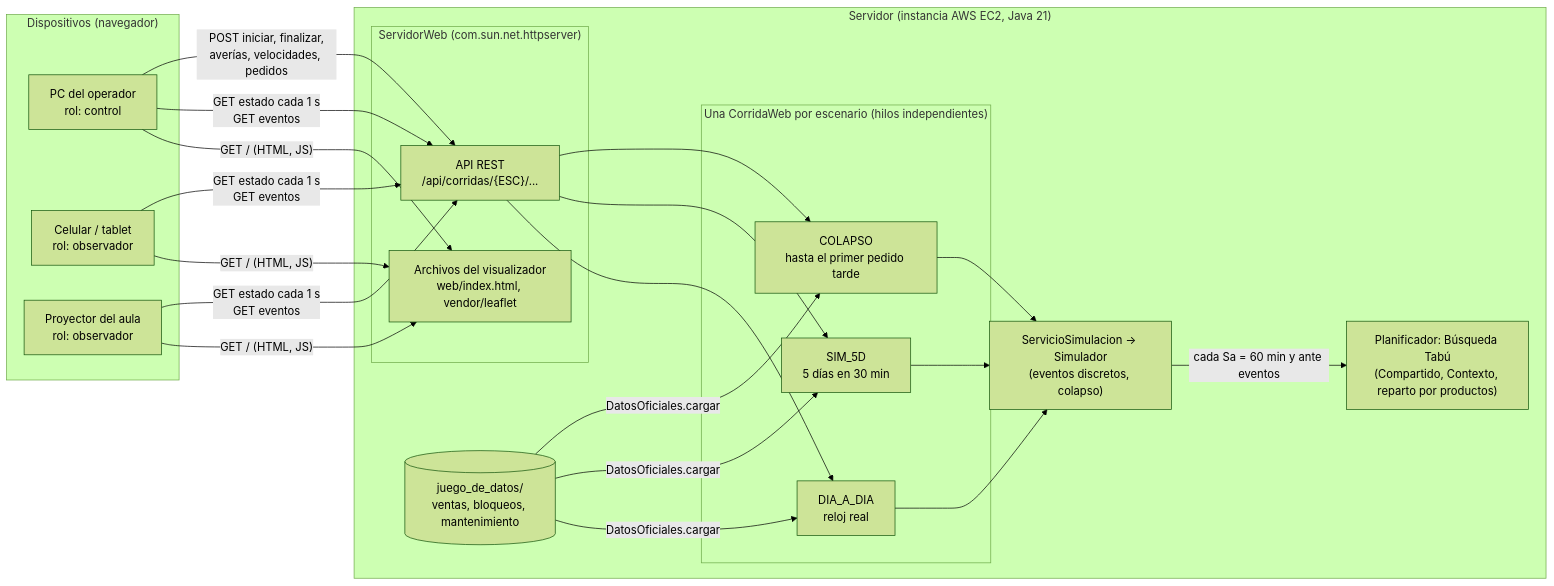
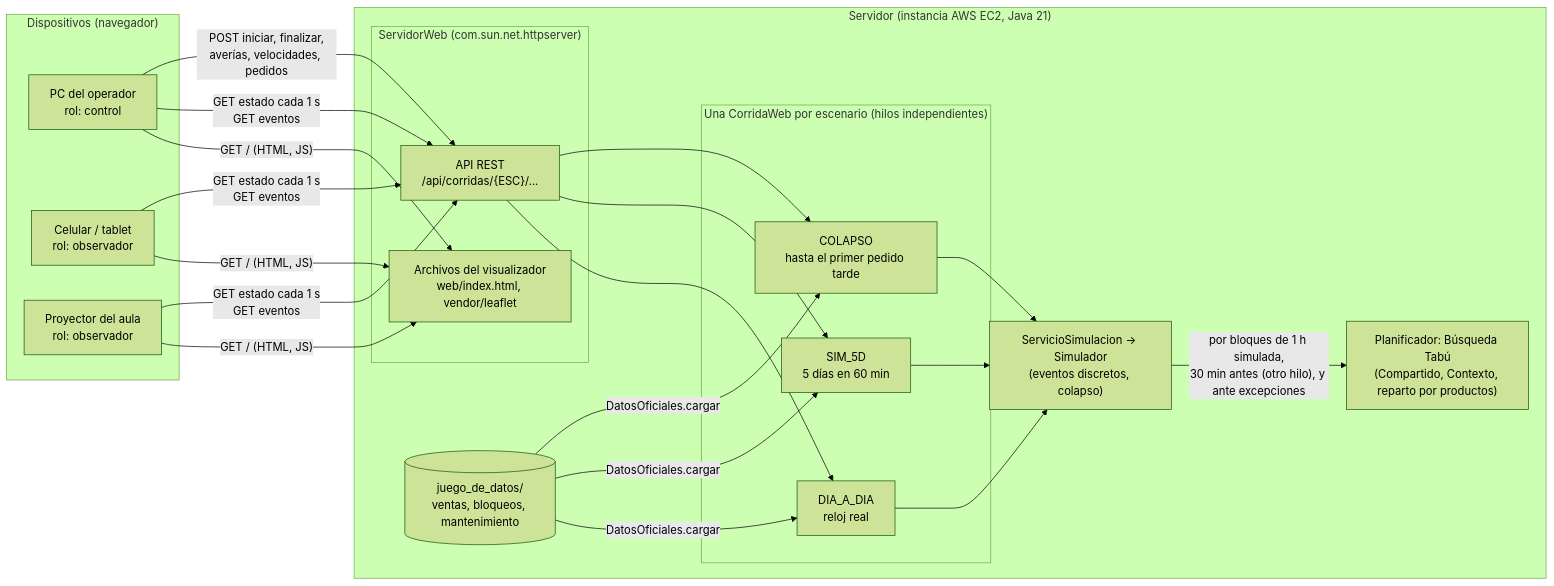
The first of 2 diagrams in docs/diseno/diagrama_integracion.md (JohnArzapalo/PaqRap), drawn with Mermaid (forest theme) before and after one commit. The commit also changed other lines of this file and 16 other files, not shown here.

First line of the commit message:
Etapa 33: planificación por bloques con adelanto (planificador)

````diff
--- a/docs/diseno/diagrama_integracion.md
+++ b/docs/diseno/diagrama_integracion.md
@@ -12,31 +12,31 @@
 ```mermaid
 flowchart LR
     subgraph Dispositivos["Dispositivos (navegador)"]
         PC["PC del operador<br/>rol: control"]
         Cel["Celular / tablet<br/>rol: observador"]
         Proy["Proyector del aula<br/>rol: observador"]
     end
 
     subgraph AWS["Servidor (instancia AWS EC2, Java 21)"]
         subgraph SW["ServidorWeb (com.sun.net.httpserver)"]
             EST["Archivos del visualizador<br/>web/index.html, vendor/leaflet"]
             API["API REST<br/>/api/corridas/{ESC}/..."]
         end
         subgraph Corridas["Una CorridaWeb por escenario (hilos independientes)"]
             C1["DIA_A_DIA<br/>reloj real"]
-            C2["SIM_5D<br/>5 días en 30 min"]
+            C2["SIM_5D<br/>5 días en 60 min"]
             C3["COLAPSO<br/>hasta el primer pedido tarde"]
         end
         SIM["ServicioSimulacion → Simulador<br/>(eventos discretos, colapso)"]
         TABU["Planificador: Búsqueda Tabú<br/>(Compartido, Contexto, reparto por productos)"]
         DATOS[("juego_de_datos/<br/>ventas, bloqueos, mantenimiento")]
     end
 
     PC & Cel & Proy -- "GET / (HTML, JS)" --> EST
     PC & Cel & Proy -- "GET estado cada 1 s<br/>GET eventos" --> API
     PC -- "POST iniciar, finalizar,<br/>averías, velocidades, pedidos" --> API
     API --> C1 & C2 & C3
     C1 & C2 & C3 --> SIM
-    SIM -- "cada Sa = 60 min y ante eventos" --> TABU
+    SIM -- "por bloques de 1 h simulada,<br/>30 min antes (otro hilo), y ante excepciones" --> TABU
     DATOS -- "DatosOficiales.cargar" --> C1 & C2 & C3
 ```
````
